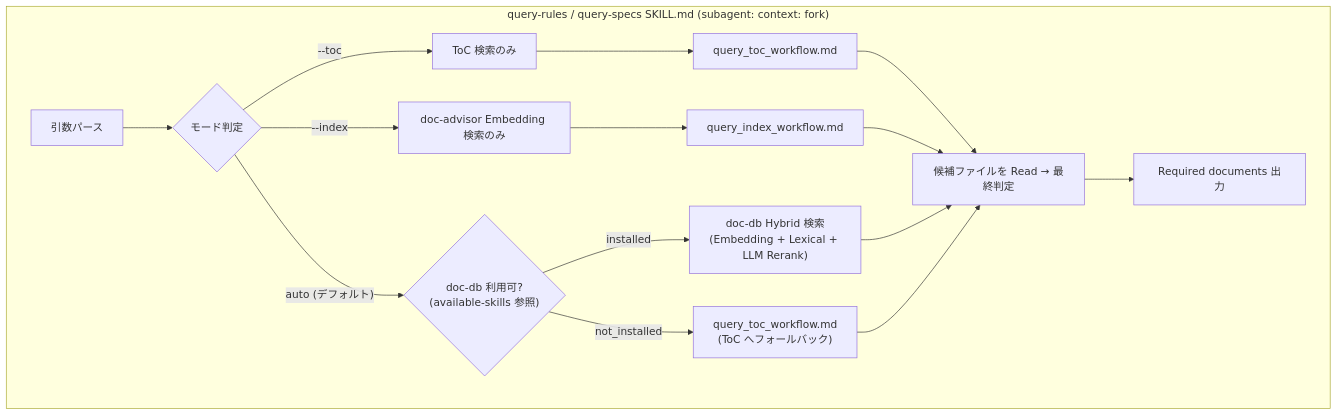
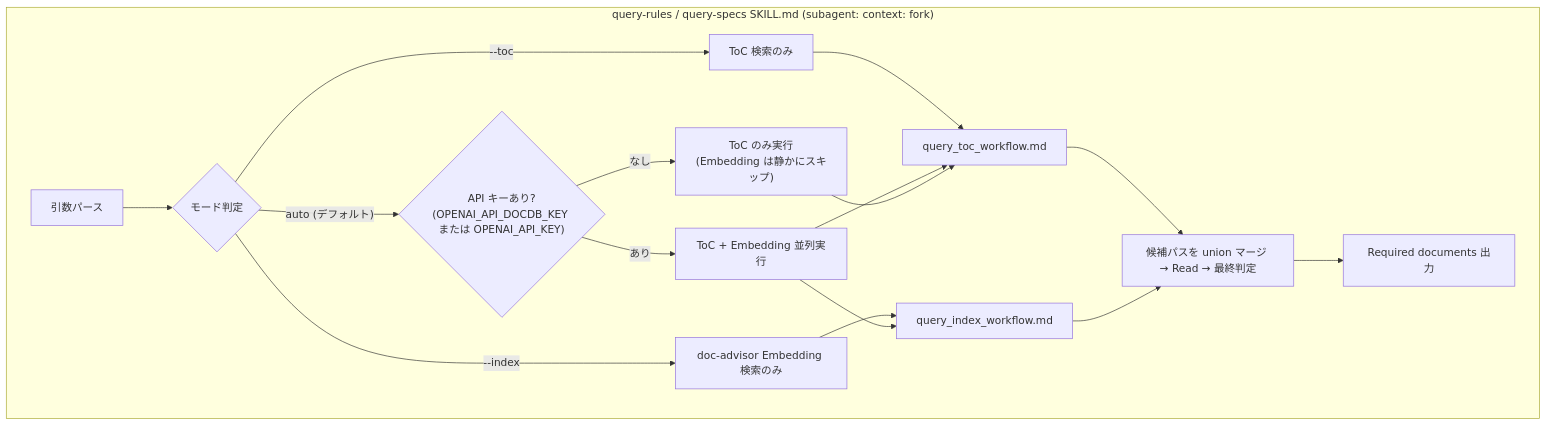
One commit to BlueEventHorizon/bw-cc-plugins changed the second of 6 diagrams in docs/specs/doc-advisor/design/DES-006_semantic_search_design.md. Above: the diagram before and after it, drawn with Mermaid. The commit also changed other lines of this file and 8 other files, not shown here.

````diff
--- a/docs/specs/doc-advisor/design/DES-006_semantic_search_design.md
+++ b/docs/specs/doc-advisor/design/DES-006_semantic_search_design.md
@@ -81,21 +81,23 @@
 ```mermaid
 flowchart TB
     subgraph "query-rules / query-specs SKILL.md (subagent: context: fork)"
         A["引数パース"] --> B{モード判定}
         B -->|"--toc"| C["ToC 検索のみ"]
         B -->|"--index"| D["doc-advisor Embedding 検索のみ"]
-        B -->|"auto (デフォルト)"| E{"doc-db 利用可?<br/>(available-skills 参照)"}
+        B -->|"auto (デフォルト)"| E{"API キーあり?<br/>(OPENAI_API_DOCDB_KEY または OPENAI_API_KEY)"}
 
-        E -->|installed| H["doc-db Hybrid 検索<br/>(Embedding + Lexical + LLM Rerank)"]
-        E -->|not_installed| F2["query_toc_workflow.md<br/>(ToC へフォールバック)"]
+        E -->|"あり"| F3["ToC + Embedding 並列実行"]
+        E -->|"なし"| F4["ToC のみ実行<br/>(Embedding は静かにスキップ)"]
 
         C --> F["query_toc_workflow.md"]
         D --> G["query_index_workflow.md"]
 
-        F --> I["候補ファイルを Read → 最終判定"]
+        F3 --> F
+        F3 --> G
+        F4 --> F
+
+        F --> I["候補パスを union マージ → Read → 最終判定"]
         G --> I
-        H --> I
-        F2 --> I
         I --> J["Required documents 出力"]
     end
 ```
````
